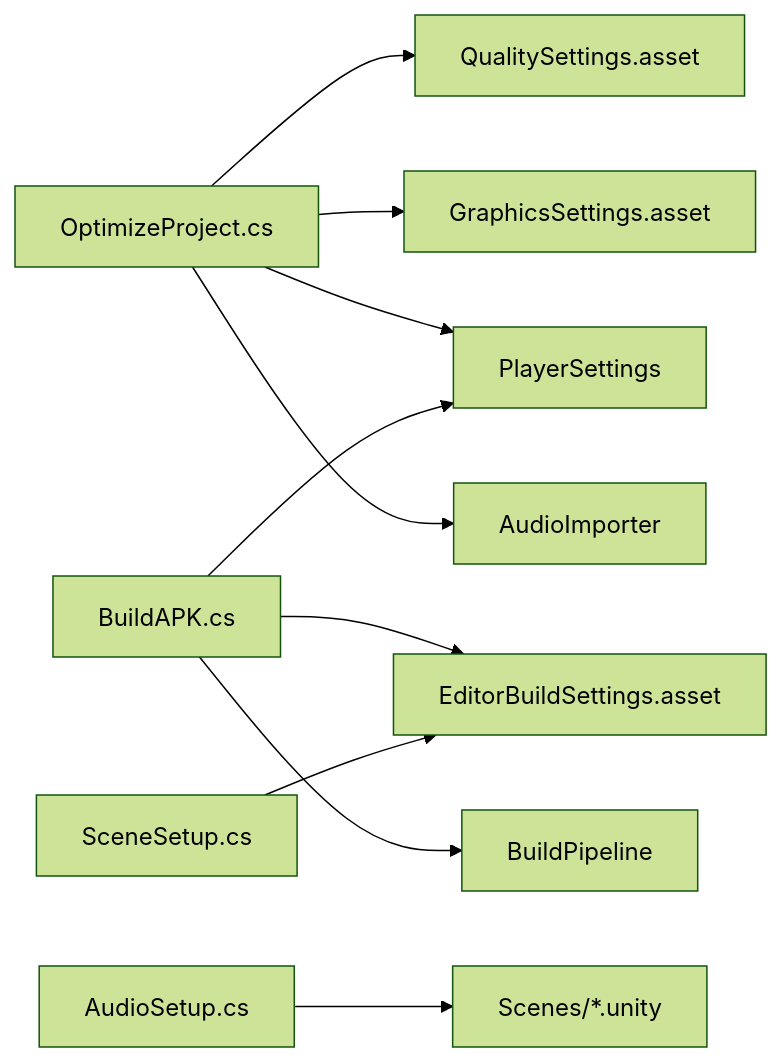
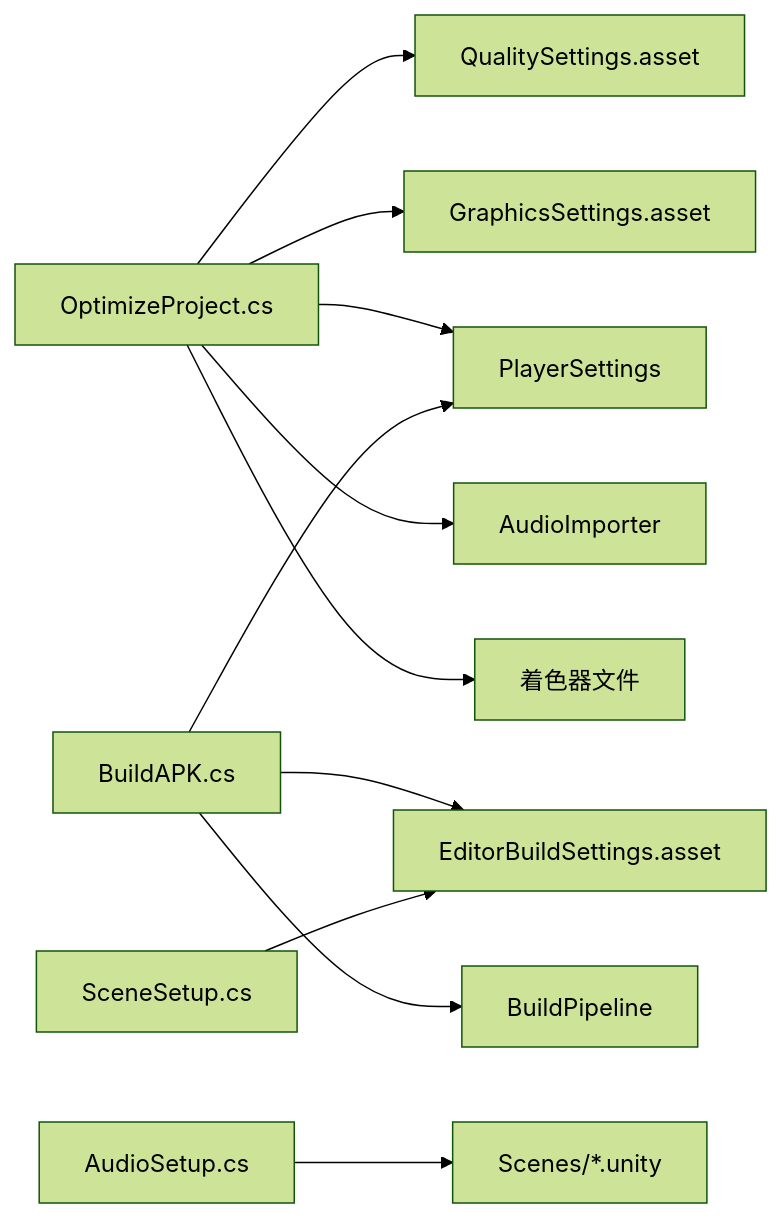
Before and after one commit to cpufreestyle/InkRidge: the fifth of 5 diagrams in .qoder/repowiki/zh/content/性能优化/编辑器优化脚本.md, drawn with Mermaid (forest theme). The commit also changed other lines of this file and 17 other files, not shown here.

````diff
--- a/.qoder/repowiki/zh/content/性能优化/编辑器优化脚本.md
+++ b/.qoder/repowiki/zh/content/性能优化/编辑器优化脚本.md
@@ -222,12 +250,13 @@
 ```mermaid
 graph LR
 OP["OptimizeProject.cs"] --> QS["QualitySettings.asset"]
 OP --> GS["GraphicsSettings.asset"]
 OP --> PS["PlayerSettings"]
 OP --> AI["AudioImporter"]
+OP --> SH["着色器文件"]
 BA["BuildAPK.cs"] --> EB["EditorBuildSettings.asset"]
 BA --> PS
 BA --> BP["BuildPipeline"]
 SS["SceneSetup.cs"] --> EB
 AS["AudioSetup.cs"] --> SC["Scenes/*.unity"]
 ```
````
